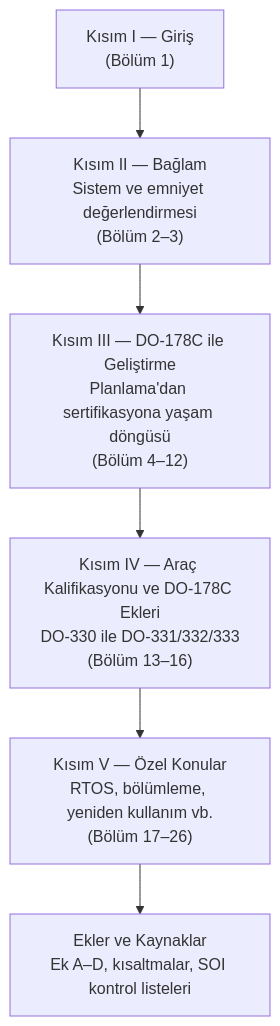
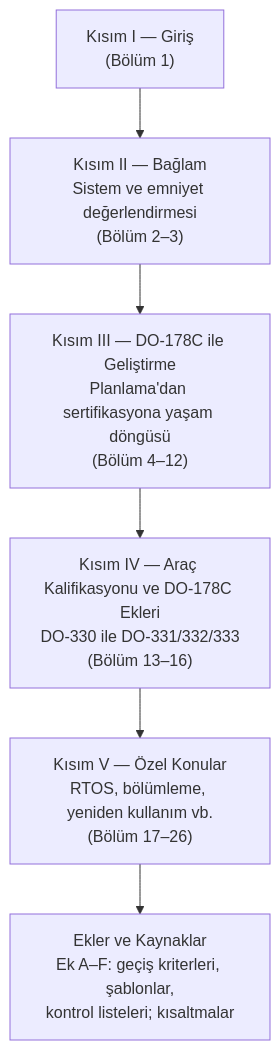
The diagram in kitap/01-giris/01-giris-ve-genel-bakis.md (Mavrikant/aviyonikyazilim), drawn with Mermaid before and after one commit. The commit also changed other lines of this file and 64 other files, not shown here.

````diff
--- a/kitap/01-giris/01-giris-ve-genel-bakis.md
+++ b/kitap/01-giris/01-giris-ve-genel-bakis.md
@@ -186,8 +186,8 @@
 ```mermaid
 flowchart TD
     K1["Kısım I — Giriş<br/>(Bölüm 1)"] --> K2["Kısım II — Bağlam<br/>Sistem ve emniyet değerlendirmesi<br/>(Bölüm 2–3)"]
     K2 --> K3["Kısım III — DO-178C ile Geliştirme<br/>Planlama'dan sertifikasyona yaşam döngüsü<br/>(Bölüm 4–12)"]
     K3 --> K4["Kısım IV — Araç Kalifikasyonu ve DO-178C Ekleri<br/>DO-330 ile DO-331/332/333<br/>(Bölüm 13–16)"]
     K4 --> K5["Kısım V — Özel Konular<br/>RTOS, bölümleme, yeniden kullanım vb.<br/>(Bölüm 17–26)"]
-    K5 --> K6["Ekler ve Kaynaklar<br/>Ek A–D, kısaltmalar, SOI kontrol listeleri"]
+    K5 --> K6["Ekler ve Kaynaklar<br/>Ek A–F: geçiş kriterleri, şablonlar,<br/>kontrol listeleri; kısaltmalar"]
 ```
````
